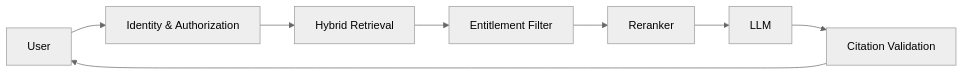
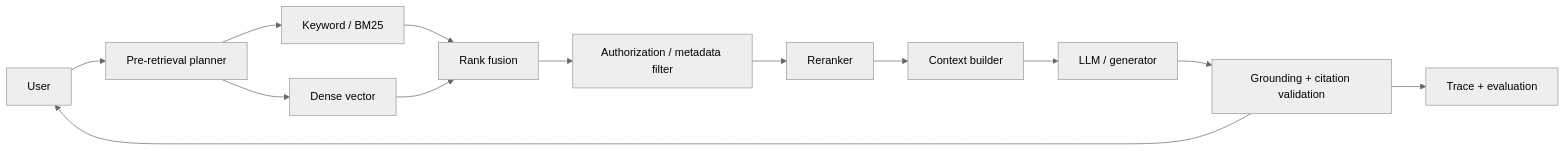
One commit to phasselbring/enterprise-ai-patterns changed the first of 3 diagrams in docs/architecture.md. Above: the diagram before and after it, drawn with Mermaid (neutral theme). The commit also changed other lines of this file and 44 other files, not shown here.

````diff
--- a/docs/architecture.md
+++ b/docs/architecture.md
@@ -5,10 +5,15 @@
 ```mermaid
 flowchart LR
-    U[User] --> A[Identity & Authorization]
-    A --> R[Hybrid Retrieval]
-    R --> F[Entitlement Filter]
-    F --> RR[Reranker]
-    RR --> L[LLM]
-    L --> V[Citation Validation]
-    V --> U
+    U[User] --> P[Pre-retrieval planner]
+    P --> K[Keyword / BM25]
+    P --> V[Dense vector]
+    K --> F[Rank fusion]
+    V --> F
+    F --> A[Authorization / metadata filter]
+    A --> R[Reranker]
+    R --> C[Context builder]
+    C --> L[LLM / generator]
+    L --> G[Grounding + citation validation]
+    G --> U
+    G --> E[Trace + evaluation]
 ```
````
